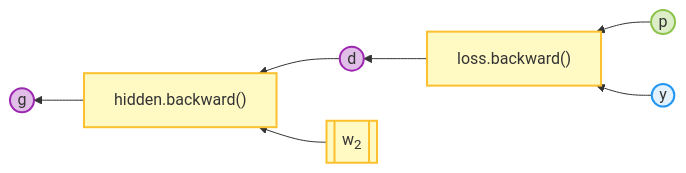
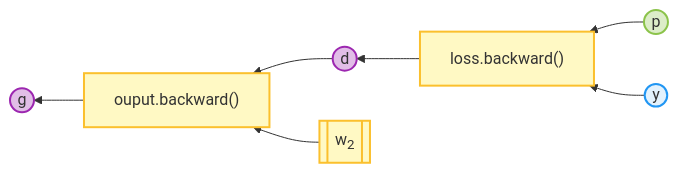
The diagram in mermaid-scripts/01-layer-backward.mmd (GPTmini/GPTmini), drawn with Mermaid before and after one commit. The commit also changed 7 other files, not shown here.

```diff
--- a/mermaid-scripts/01-layer-backward.mmd
+++ b/mermaid-scripts/01-layer-backward.mmd
@@ -1,12 +1,12 @@
 flowchart RL
     classDef in fill:#E3F2FD,stroke:#2196F3,stroke-width:2px;
     classDef model fill:#FFF9C4,stroke:#FBC02D,stroke-width:2px;
     classDef data fill:#E1BEE7,stroke:#9C27B0,stroke-width:2px;
     classDef test fill:#F8BBD0,stroke:#E91E63,stroke-width:2px;
     classDef out fill:#DCEDC8,stroke:#8BC34A,stroke-width:2px;
     classDef skip stroke:#B0BEC5,stroke-width:2px,stroke-dasharray: 5 5;
 
     P((p)):::out --> G1["loss.backward()"]:::model --> og((d)):::data
-    og --> G2["hidden.backward()"]:::model --> hg((g)):::data
+    og --> G2["ouput.backward()"]:::model --> hg((g)):::data
     Y((y)):::in --> G1
     W2[[w<sub>2</sub>]]:::model --> G2
```
